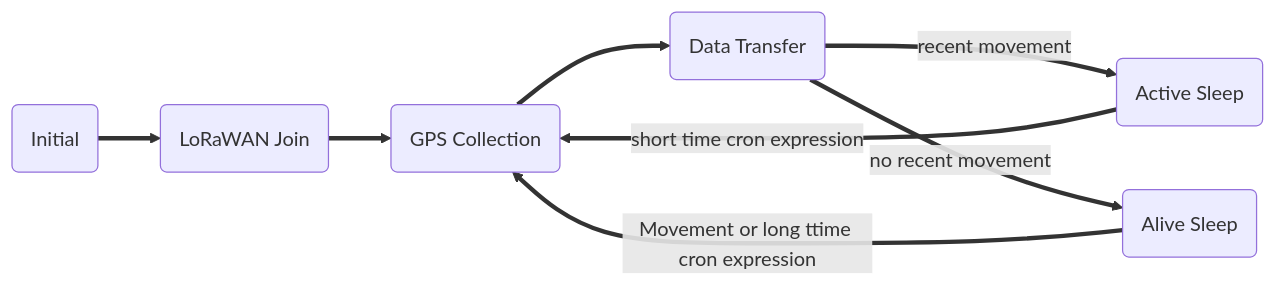
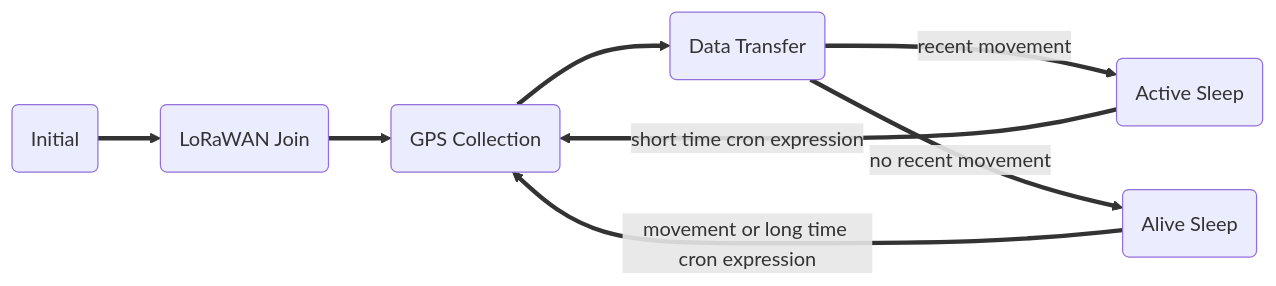
Before and after one commit to Lobaro/docs: the diagram in docs/lorawan-sensors/gps-lorawan/index.md, drawn with Mermaid. The commit also changed other lines of this file, not shown here.

````diff
--- a/docs/lorawan-sensors/gps-lorawan/index.md
+++ b/docs/lorawan-sensors/gps-lorawan/index.md
@@ -36,14 +36,14 @@
 ```mermaid
 graph LR;
     GPS(GPS Collection)
     Data(Data Transfer)
     Active(Active Sleep)
     Alive(Alive Sleep)
     init(Initial)==>check(LoRaWAN Join);
     check(LoRaWAN Join)==>GPS(GPS Collect.);
     Data==>|recent movement|Active(Active Sleep);
     GPS==>Data(Data Transfer);
     Active==>|short time cron expression|GPS(GPS Collection);
     Data(Data Transfer)==>|no recent movement|Alive(Alive Sleep);
-    Alive==>|Movement or long ttime cron expression|GPS(GPS Collection);
+    Alive==>|movement or long time cron expression|GPS(GPS Collection);
 ```
````
